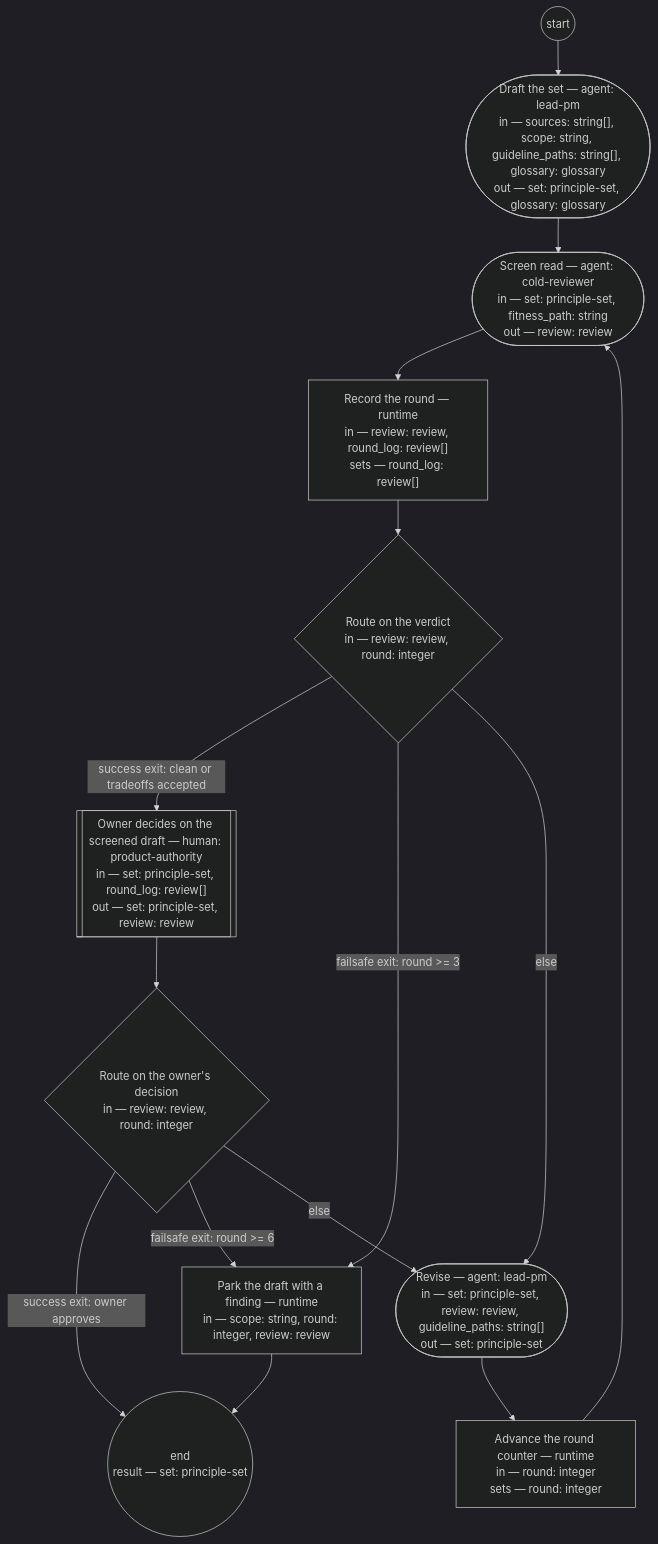
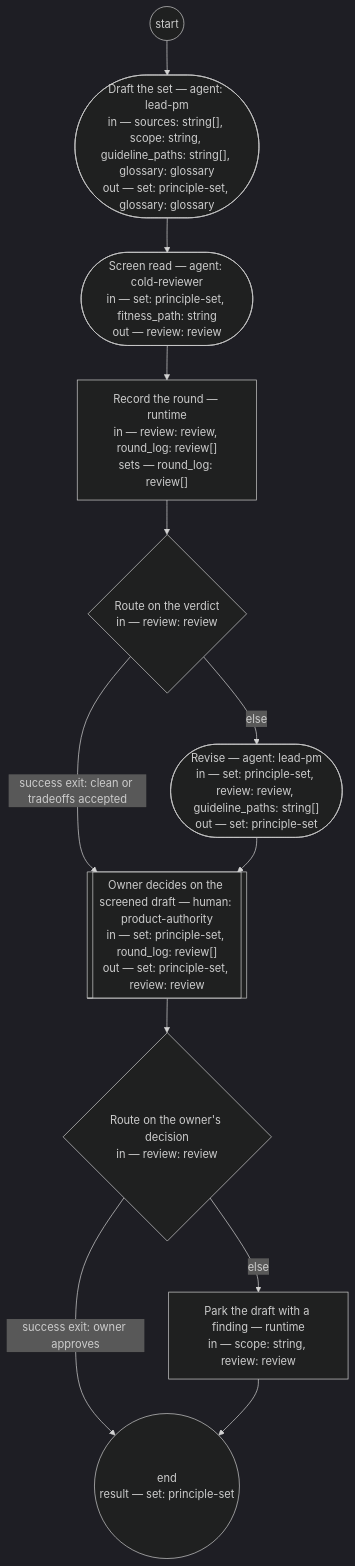
The diagram in .claude/skills/principle-set-authoring/SKILL.md (dstengle/shopsystem-product), drawn with Mermaid (dark theme) before and after one commit. The commit also changed other lines of this file and 12 other files, not shown here.

````diff
--- a/.claude/skills/principle-set-authoring/SKILL.md
+++ b/.claude/skills/principle-set-authoring/SKILL.md
@@ -29,27 +29,23 @@
 ```mermaid
 flowchart TD
   draft(["Draft the set — agent: lead-pm<br/>in — sources: string[], scope: string, guideline_paths: string[], glossary: glossary<br/>out — set: principle-set, glossary: glossary"])
   screen_read(["Screen read — agent: cold-reviewer<br/>in — set: principle-set, fitness_path: string<br/>out — review: review"])
   log_round["Record the round — runtime<br/>in — review: review, round_log: review[]<br/>sets — round_log: review[]"]
-  route_verdict{"Route on the verdict<br/>in — review: review, round: integer"}
+  route_verdict{"Route on the verdict<br/>in — review: review"}
   revise(["Revise — agent: lead-pm<br/>in — set: principle-set, review: review, guideline_paths: string[]<br/>out — set: principle-set"])
-  advance_round["Advance the round counter — runtime<br/>in — round: integer<br/>sets — round: integer"]
   authority_approve[["Owner decides on the screened draft — human: product-authority<br/>in — set: principle-set, round_log: review[]<br/>out — set: principle-set, review: review"]]
-  route_approval{"Route on the owner's decision<br/>in — review: review, round: integer"}
-  park["Park the draft with a finding — runtime<br/>in — scope: string, round: integer, review: review"]
+  route_approval{"Route on the owner's decision<br/>in — review: review"}
+  park["Park the draft with a finding — runtime<br/>in — scope: string, review: review"]
   __end(("end<br/>result — set: principle-set"))
   __start(("start")) --> draft
   draft --> screen_read
   screen_read --> log_round
   log_round --> route_verdict
   route_verdict -->|success exit: clean or tradeoffs accepted| authority_approve
-  route_verdict -->|failsafe exit: round >= 3| park
   route_verdict -->|else| revise
-  revise --> advance_round
-  advance_round --> screen_read
+  revise --> authority_approve
   authority_approve --> route_approval
   route_approval -->|success exit: owner approves| __end
-  route_approval -->|failsafe exit: round >= 6| park
-  route_approval -->|else| revise
+  route_approval -->|else| park
   park --> __end
 ```
````
